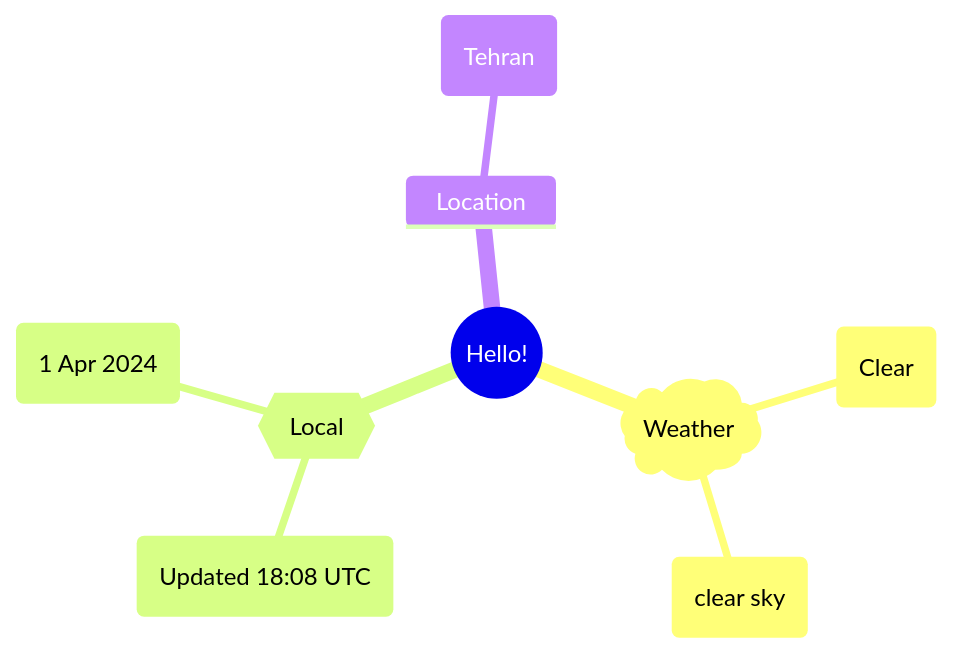
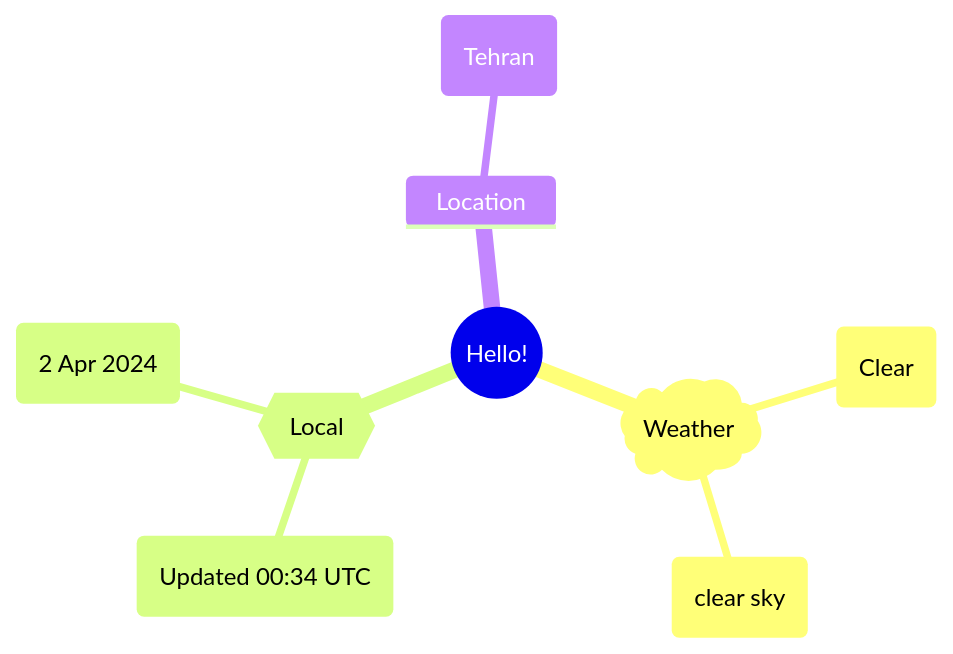
Before and after one commit to Xosrov/Xosrov: the first of 2 diagrams in README.md, drawn with Mermaid.

Commit message:
[bot] updated images

````diff
--- a/README.md
+++ b/README.md
@@ -3,12 +3,12 @@
 ```mermaid
 mindmap
   root((Hello!))
     )Weather(
         (Clear)
         (clear sky)
     {{Local}}
-        (Updated 18:08 UTC)
-        (1 Apr 2024)
+        (Updated 00:34 UTC)
+        (2 Apr 2024)
     Location
         (Tehran)
 ```
````
